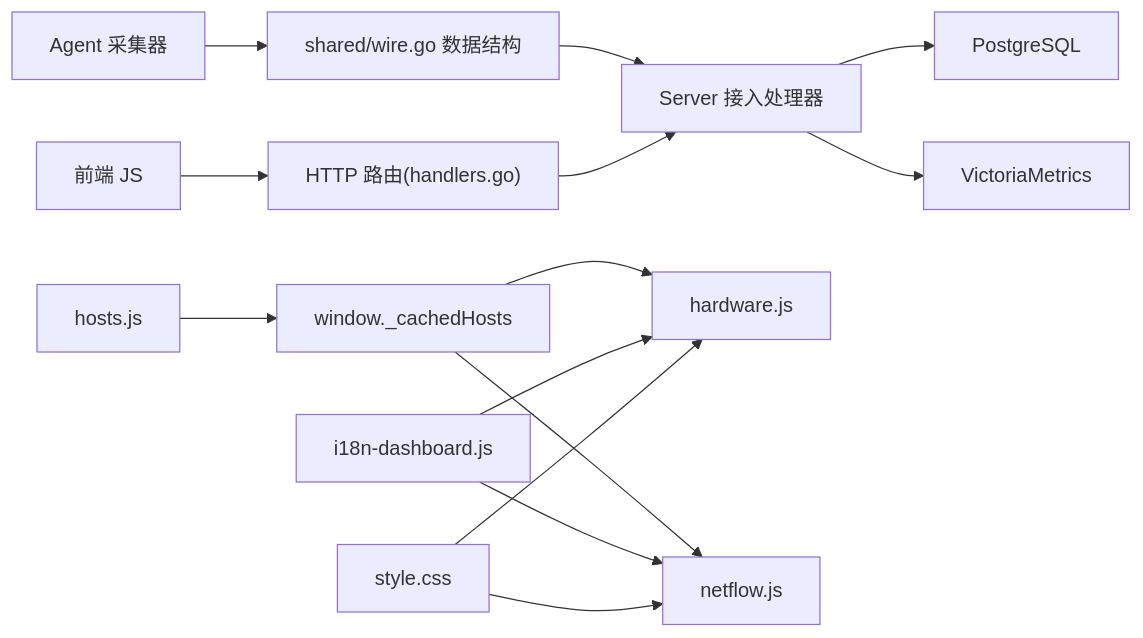
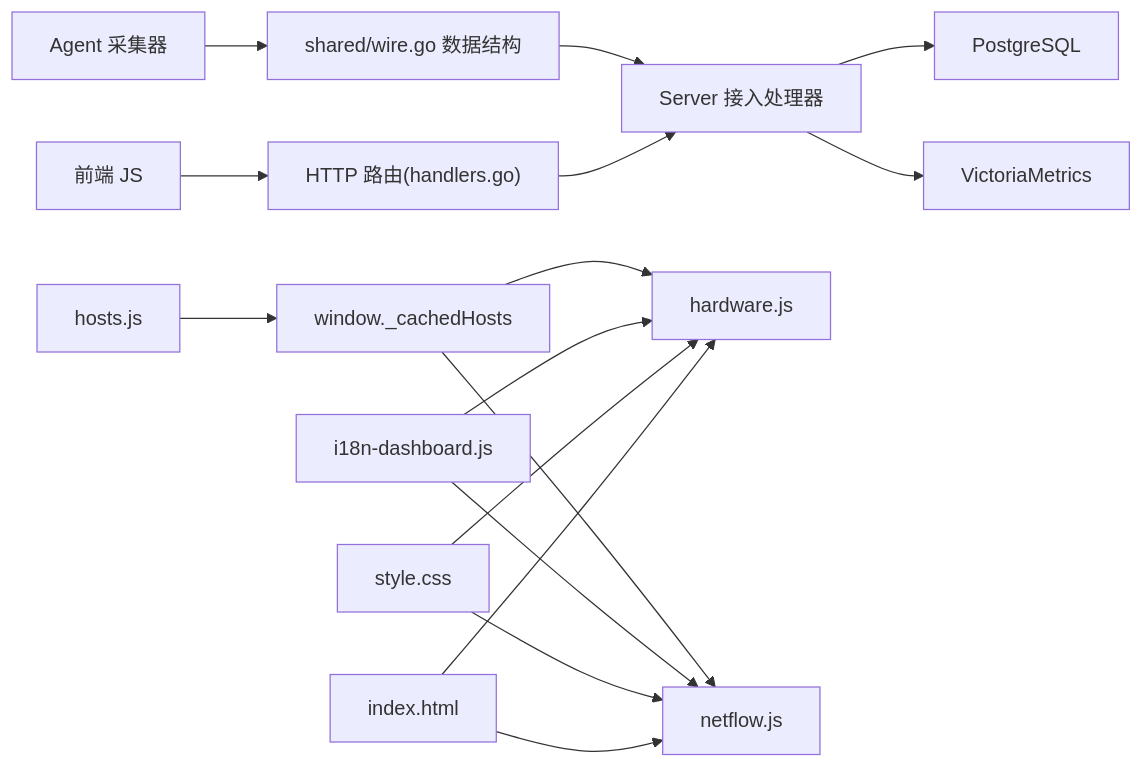
Before and after one commit to sreyun/aiops-monitor: the tenth of 10 diagrams in .qoder/repowiki/zh/content/核心功能/监控系统/硬件监控仪表板.md, drawn with Mermaid. The commit also changed other lines of this file and 55 other files, not shown here.

````diff
--- a/.qoder/repowiki/zh/content/核心功能/监控系统/硬件监控仪表板.md
+++ b/.qoder/repowiki/zh/content/核心功能/监控系统/硬件监控仪表板.md
@@ -489,16 +503,18 @@
 ```mermaid
 graph LR
 A["Agent 采集器"] --> W["shared/wire.go 数据结构"]
 W --> H["Server 接入处理器"]
 H --> P["PostgreSQL"]
 H --> V["VictoriaMetrics"]
 U["前端 JS"] --> R["HTTP 路由(handlers.go)"]
 R --> H
 HostsJS["hosts.js"] --> Cache["window._cachedHosts"]
 Cache --> HWJS["hardware.js"]
 Cache --> NFJS["netflow.js"]
 I18N["i18n-dashboard.js"] --> HWJS
 I18N --> NFJS
 Style["style.css"] --> HWJS
 Style --> NFJS
+Index["index.html"] --> HWJS
+Index --> NFJS
 ```
````
